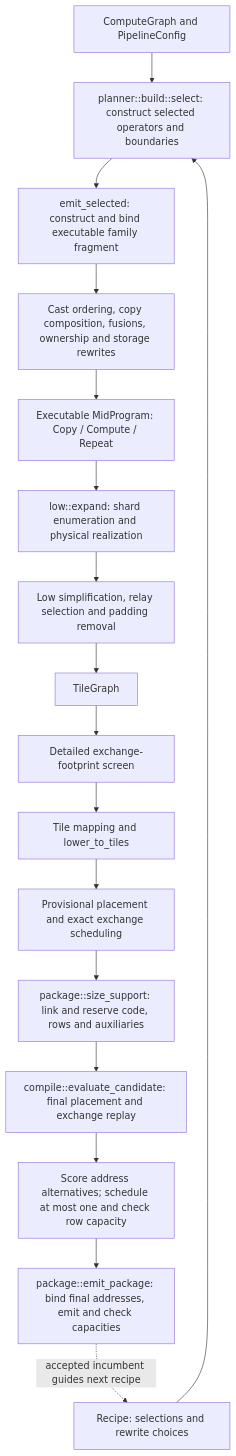
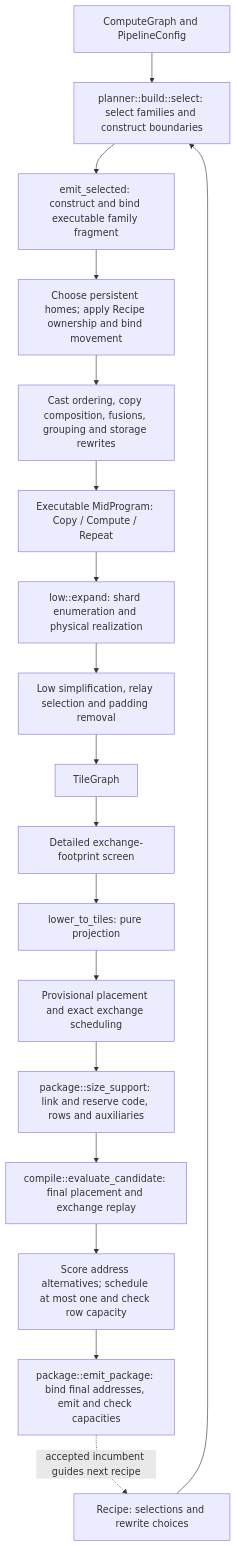
One commit to osmarks/ipu-stack changed the first of 3 diagrams in docs/COMPILER_DATA_FLOW.md. Above: the diagram before and after it, drawn with Mermaid. The commit also changed other lines of this file and 19 other files, not shown here.

Commit message:
Move ownership choices and mapping search into recipes

````diff
--- a/docs/COMPILER_DATA_FLOW.md
+++ b/docs/COMPILER_DATA_FLOW.md
@@ -76,19 +76,20 @@
 ```mermaid
 flowchart TD
-  G[ComputeGraph and PipelineConfig] --> P[planner::build::select: construct selected operators and boundaries]
+  G[ComputeGraph and PipelineConfig] --> P[planner::build::select: select families and construct boundaries]
   R[Recipe: selections and rewrite choices] --> P
   P --> I[emit_selected: construct and bind executable family fragment]
-  I --> W[Cast ordering, copy composition, fusions, ownership and storage rewrites]
+  I --> H[Choose persistent homes; apply Recipe ownership and bind movement]
+  H --> W[Cast ordering, copy composition, fusions, grouping and storage rewrites]
   W --> M[Executable MidProgram: Copy / Compute / Repeat]
   M --> E[low::expand: shard enumeration and physical realization]
   E --> O[Low simplification, relay selection and padding removal]
   O --> T[TileGraph]
   T --> F[Detailed exchange-footprint screen]
-  F --> L[Tile mapping and lower_to_tiles]
+  F --> L[lower_to_tiles: pure projection]
   L --> V[Provisional placement and exact exchange scheduling]
   V --> S[package::size_support: link and reserve code, rows and auxiliaries]
   S --> B[compile::evaluate_candidate: final placement and exchange replay]
   B --> C[Score address alternatives; schedule at most one and check row capacity]
   C --> A[package::emit_package: bind final addresses, emit and check capacities]
   A -. accepted incumbent guides next recipe .-> R
 ```
````
